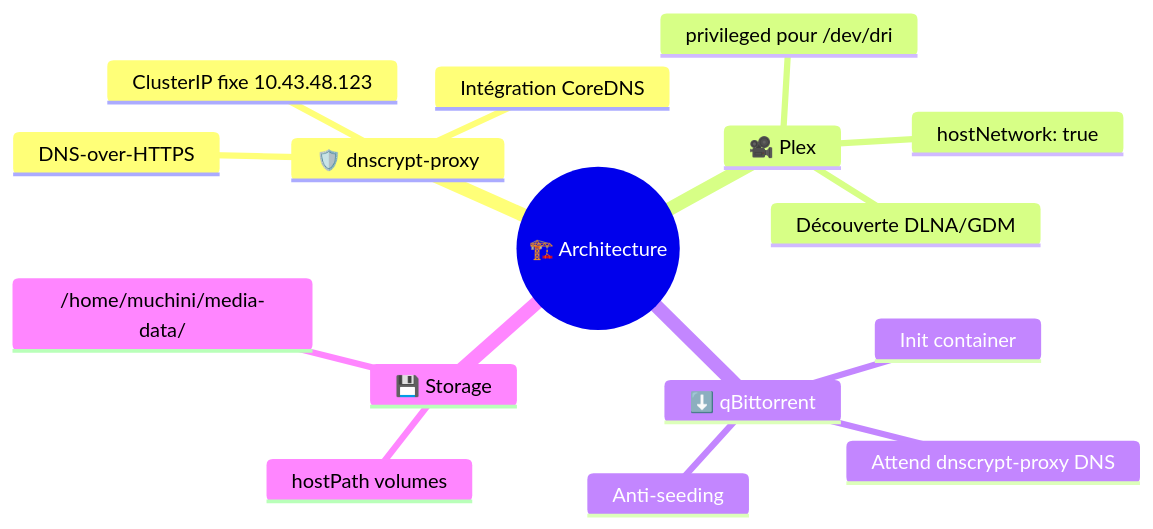
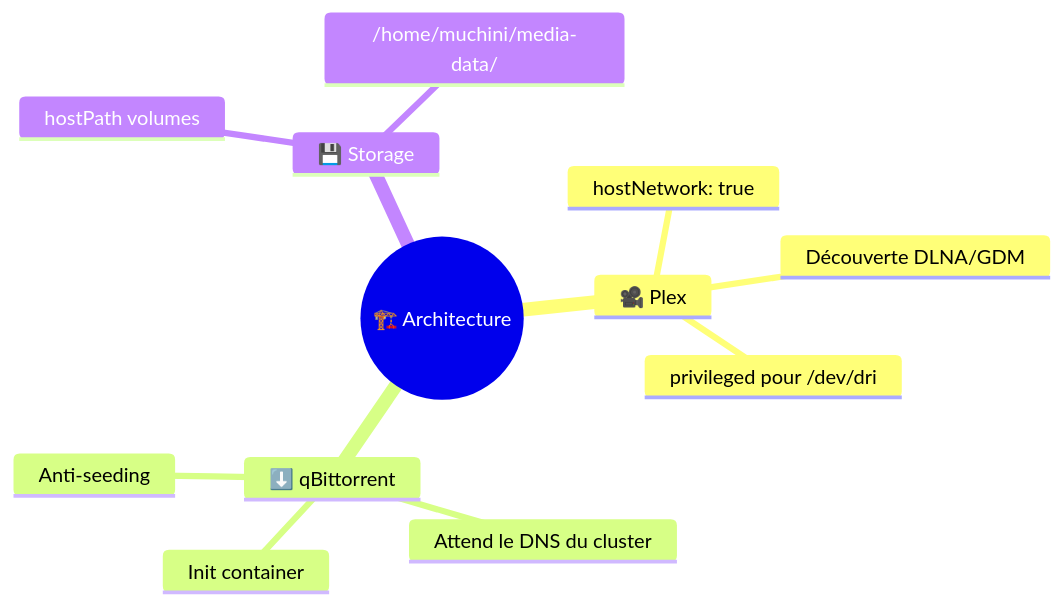
One commit to muchiny/media-stack-k8s changed the second of 6 diagrams in CLAUDE.md. Above: the diagram before and after it, drawn with Mermaid. The commit also changed other lines of this file and 20 other files, not shown here.

````diff
--- a/CLAUDE.md
+++ b/CLAUDE.md
@@ -66,19 +61,15 @@
 ```mermaid
 mindmap
   root((🏗️ Architecture))
-    🛡️ dnscrypt-proxy
-      ClusterIP fixe 10.43.48.123
-      Intégration CoreDNS
-      DNS-over-HTTPS
     🎥 Plex
       hostNetwork: true
       Découverte DLNA/GDM
       privileged pour /dev/dri
     ⬇️ qBittorrent
       Init container
-      Attend dnscrypt-proxy DNS
+      Attend le DNS du cluster
       Anti-seeding
     💾 Storage
       hostPath volumes
       /home/muchini/media-data/
 ```
````
